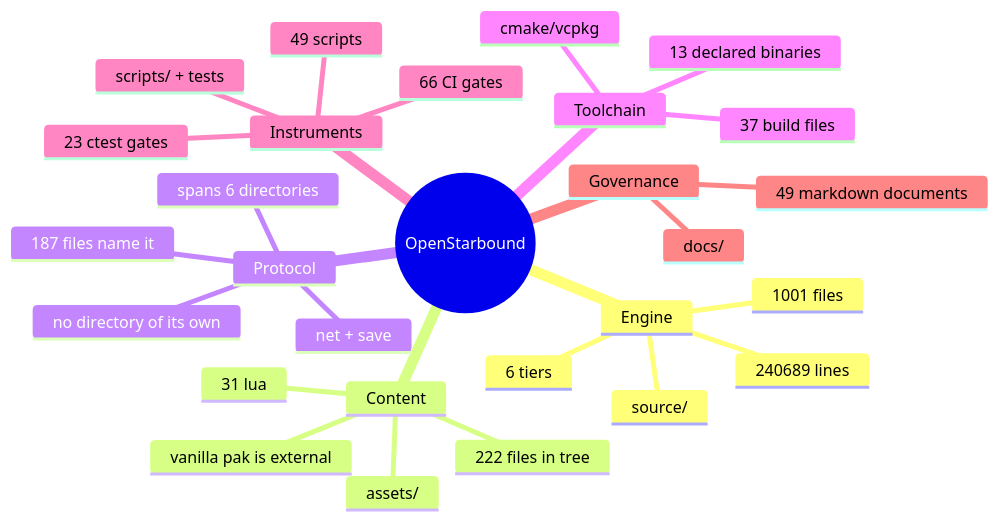
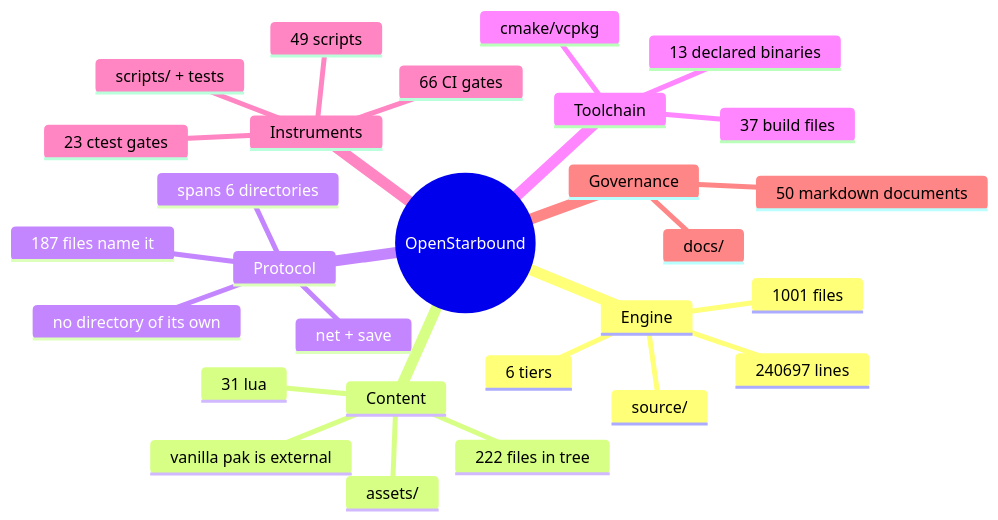
Before and after one commit to apnex/OpenStarbound: the second of 11 diagrams in docs/architecture/system-boundaries.md, drawn with Mermaid. The commit also changed other lines of this file and 2 other files, not shown here.

````diff
--- a/docs/architecture/system-boundaries.md
+++ b/docs/architecture/system-boundaries.md
@@ -166,31 +166,31 @@
 ```mermaid
 mindmap
   root((OpenStarbound))
     Engine
       source/
       1001 files
-      240689 lines
+      240697 lines
       6 tiers
     Content
       assets/
       222 files in tree
       31 lua
       vanilla pak is external
     Protocol
       net + save
       187 files name it
       spans 6 directories
       no directory of its own
     Toolchain
       cmake/vcpkg
       37 build files
       13 declared binaries
     Instruments
       scripts/ + tests
       49 scripts
       23 ctest gates
       66 CI gates
     Governance
       docs/
-      49 markdown documents
+      50 markdown documents
 ```
````
